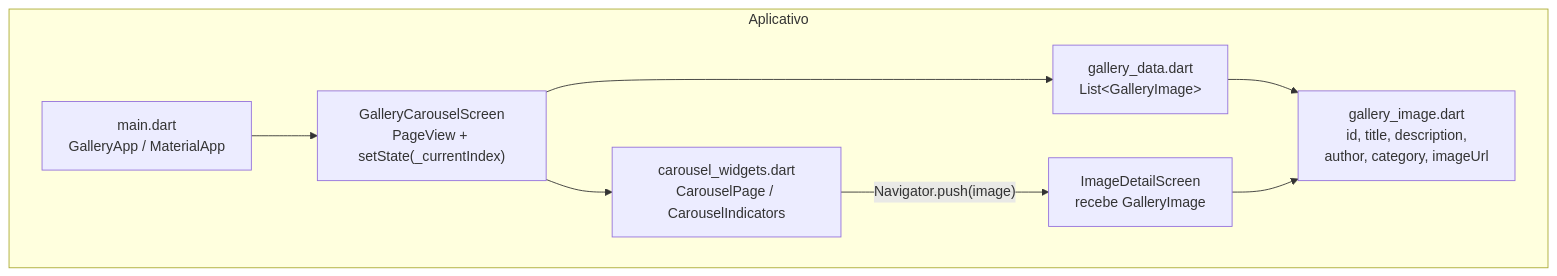
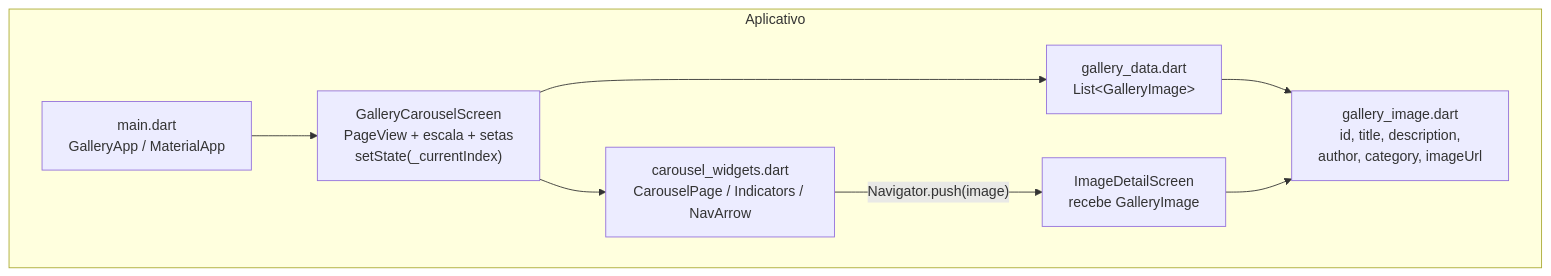
One commit to NicoFritzen/pdm2 changed the first of 2 diagrams in desafio_1_carrossel/docs/galeria-inteligente.md. Above: the diagram before and after it, drawn with Mermaid. The commit also changed other lines of this file and 10 other files, not shown here.

````diff
--- a/desafio_1_carrossel/docs/galeria-inteligente.md
+++ b/desafio_1_carrossel/docs/galeria-inteligente.md
@@ -48,18 +52,18 @@
 ```mermaid
 flowchart TB
   subgraph app [Aplicativo]
     Main["main.dart\nGalleryApp / MaterialApp"]
     Data["gallery_data.dart\nList&lt;GalleryImage&gt;"]
     Model["gallery_image.dart\nid, title, description,\nauthor, category, imageUrl"]
-    Carousel["GalleryCarouselScreen\nPageView + setState(_currentIndex)"]
-    Widgets["carousel_widgets.dart\nCarouselPage / CarouselIndicators"]
+    Carousel["GalleryCarouselScreen\nPageView + escala + setas\nsetState(_currentIndex)"]
+    Widgets["carousel_widgets.dart\nCarouselPage / Indicators / NavArrow"]
     Detail["ImageDetailScreen\nrecebe GalleryImage"]
   end
 
   Main --> Carousel
   Data --> Model
   Carousel --> Data
   Carousel --> Widgets
   Widgets -->|"Navigator.push(image)"| Detail
   Detail --> Model
 ```
````
